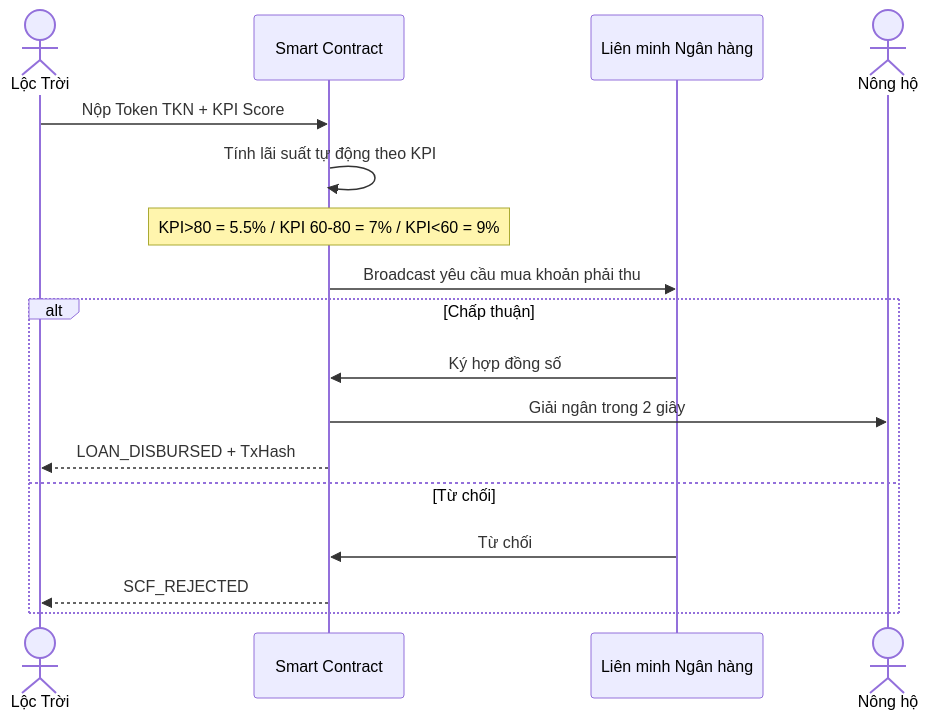
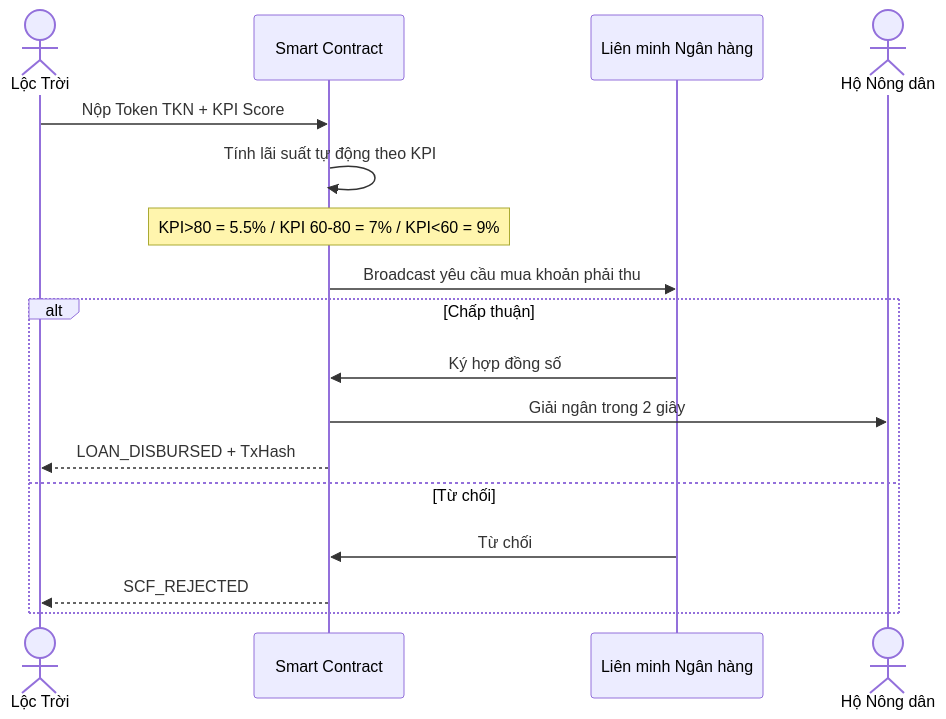
The fourth of 5 diagrams in SYSTEM_DOCS.md (yudnhat25/loctroi-app), drawn with Mermaid before and after one commit. The commit also changed other lines of this file and 12 other files, not shown here.

````diff
--- a/SYSTEM_DOCS.md
+++ b/SYSTEM_DOCS.md
@@ -110,20 +110,20 @@
 ```mermaid
 sequenceDiagram
     actor LT as Lộc Trời
     participant SC as Smart Contract
     participant Bank as Liên minh Ngân hàng
-    actor F as Nông hộ
+    actor F as Hộ Nông dân
 
     LT->>SC: Nộp Token TKN + KPI Score
     SC->>SC: Tính lãi suất tự động theo KPI
     Note over SC: KPI>80 = 5.5% / KPI 60-80 = 7% / KPI<60 = 9%
     SC->>Bank: Broadcast yêu cầu mua khoản phải thu
     alt Chấp thuận
         Bank->>SC: Ký hợp đồng số
         SC->>F: Giải ngân trong 2 giây
         SC-->>LT: LOAN_DISBURSED + TxHash
     else Từ chối
         Bank->>SC: Từ chối
         SC-->>LT: SCF_REJECTED
     end
 ```
````
